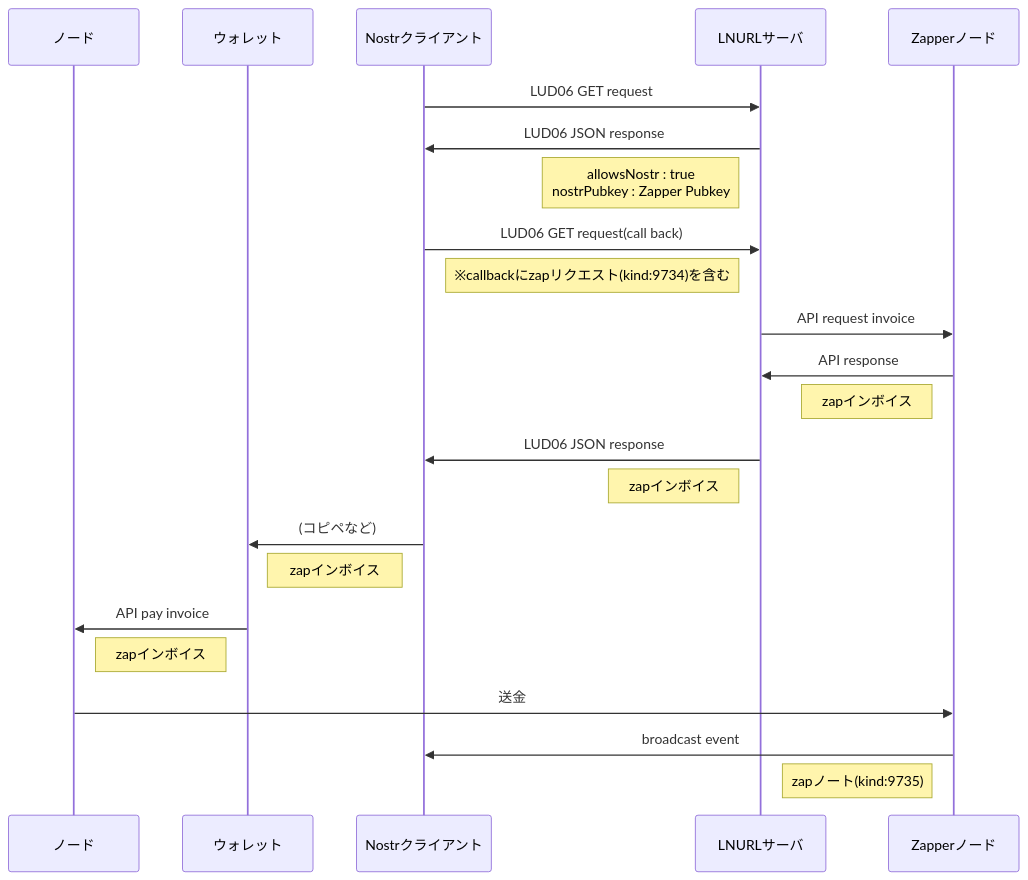
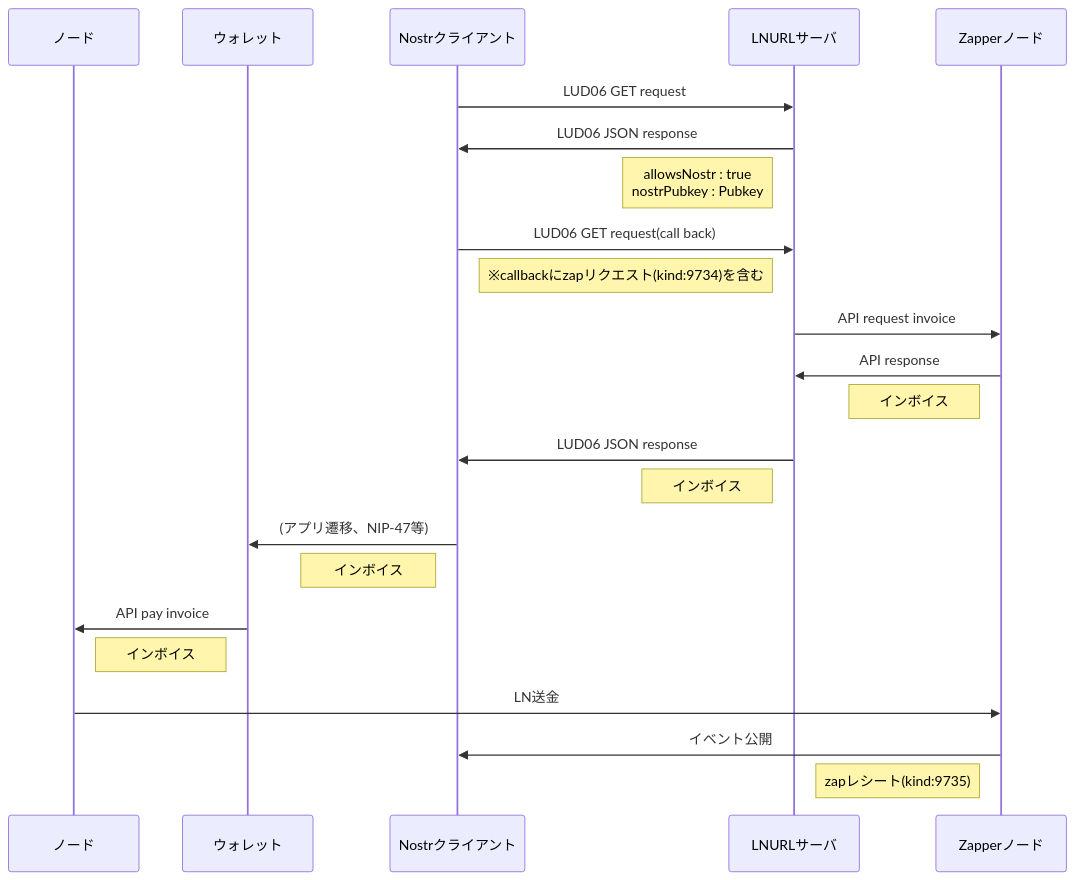
One commit to GDur4n66/my-documents changed the diagram in NIP-57flow.md. Above: the diagram before and after it, drawn with Mermaid.

Commit message:
Update NIP-57flow.md
NIP-57が改訂されたので修正

````diff
--- a/NIP-57flow.md
+++ b/NIP-57flow.md
@@ -1,36 +1,36 @@
 ```mermaid
 sequenceDiagram
     participant ノード
     participant ウォレット
     participant Nostrクライアント
     participant LNURLサーバ
     participant Zapperノード
 
     Nostrクライアント->>LNURLサーバ: LUD06 GET request
 
     LNURLサーバ->>Nostrクライアント: LUD06 JSON response
-    Note left of LNURLサーバ: allowsNostr : true <br/>nostrPubkey : Zapper Pubkey
+    Note left of LNURLサーバ: allowsNostr : true <br/>nostrPubkey : Pubkey
     
     Nostrクライアント->>LNURLサーバ: LUD06 GET request(call back) 
     Note right of Nostrクライアント: ※callbackにzapリクエスト(kind:9734)を含む
     
     LNURLサーバ->>Zapperノード: API request invoice
     
     Zapperノード->>LNURLサーバ: API response
-    Note left of Zapperノード: zapインボイス
+    Note left of Zapperノード: インボイス
     
     LNURLサーバ->>Nostrクライアント: LUD06 JSON response
-    Note left of LNURLサーバ: zapインボイス
+    Note left of LNURLサーバ: インボイス
 
-    Nostrクライアント->>ウォレット: (コピペなど)
-    Note left of Nostrクライアント: zapインボイス
+    Nostrクライアント->>ウォレット: (アプリ遷移、NIP-47等)
+    Note left of Nostrクライアント: インボイス
 
     ウォレット->>ノード: API pay invoice
-    Note left of ウォレット: zapインボイス
+    Note left of ウォレット: インボイス
 
-    ノード->>Zapperノード: 送金
+    ノード->>Zapperノード: LN送金
     
-    Zapperノード->>Nostrクライアント: broadcast event
-    Note left of Zapperノード: zapノート(kind:9735)
+    Zapperノード->>Nostrクライアント: イベント公開
+    Note left of Zapperノード: zapレシート(kind:9735)
 
 ```
````
